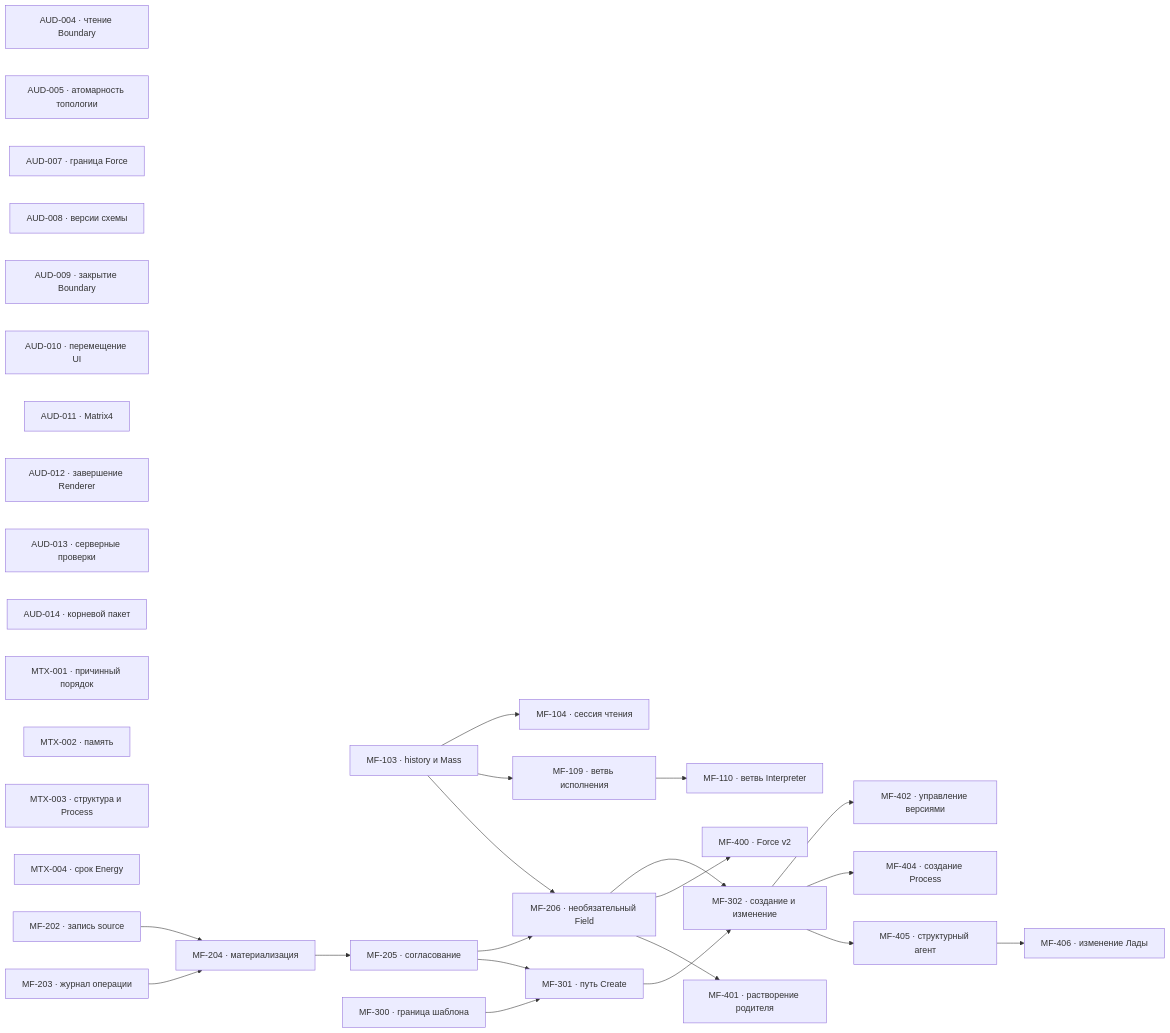
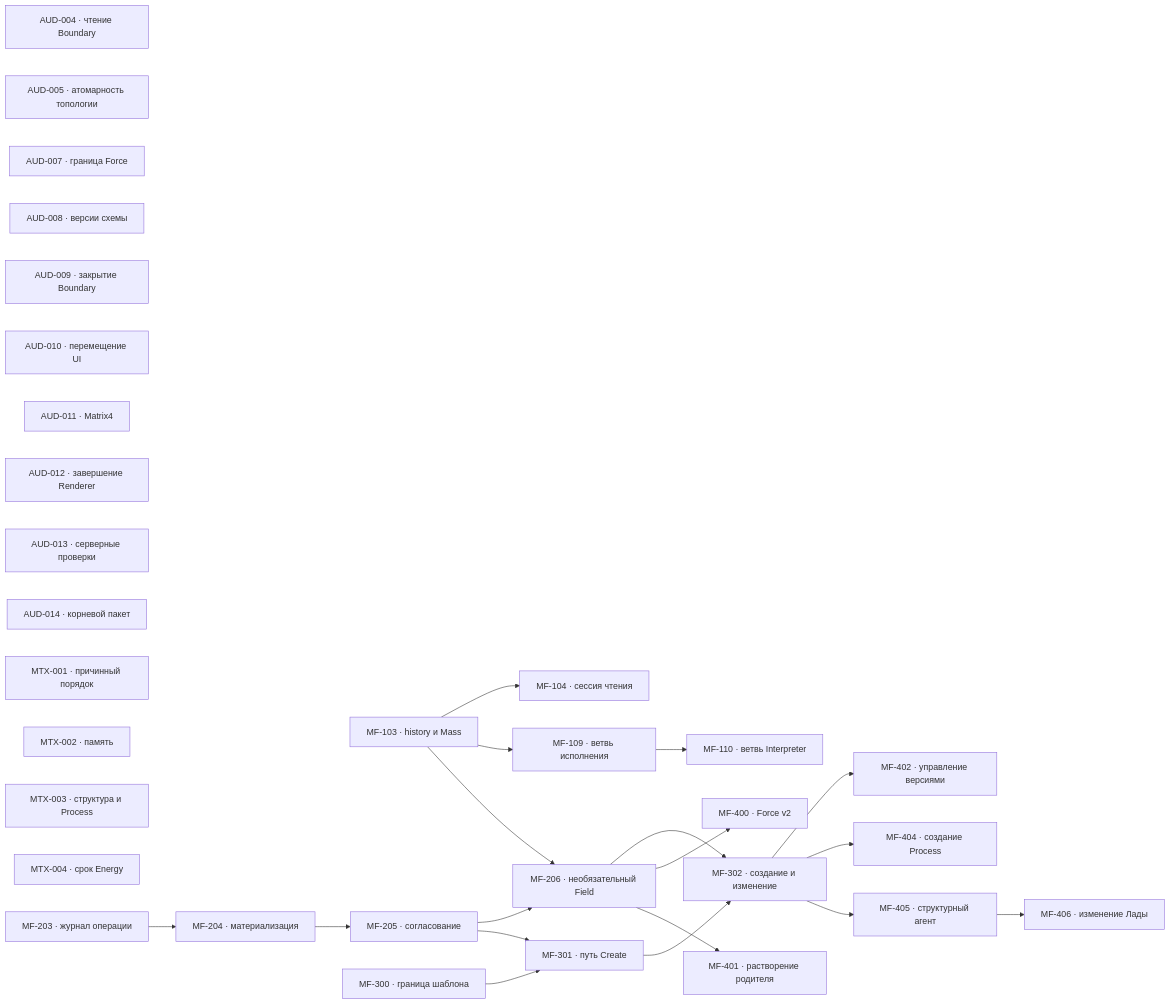
One commit to zavx0z/metafor changed the diagram in project/TODO.md. Above: the diagram before and after it, drawn with Mermaid. The commit also changed other lines of this file and 1 other file, not shown here.

Commit message:
project(MF-202): close atomic source boundary

````diff
--- a/project/TODO.md
+++ b/project/TODO.md
@@ -13,54 +13,52 @@
 ```mermaid
 flowchart LR
     AUD004["AUD-004 · чтение Boundary"]
     AUD005["AUD-005 · атомарность топологии"]
     AUD007["AUD-007 · граница Force"]
     AUD008["AUD-008 · версии схемы"]
     AUD009["AUD-009 · закрытие Boundary"]
     AUD010["AUD-010 · перемещение UI"]
     AUD011["AUD-011 · Matrix4"]
     AUD012["AUD-012 · завершение Renderer"]
     AUD013["AUD-013 · серверные проверки"]
     AUD014["AUD-014 · корневой пакет"]
     MTX001["MTX-001 · причинный порядок"]
     MTX002["MTX-002 · память"]
     MTX003["MTX-003 · структура и Process"]
     MTX004["MTX-004 · срок Energy"]
     MF103["MF-103 · history и Mass"]
     MF104["MF-104 · сессия чтения"]
     MF109["MF-109 · ветвь исполнения"]
     MF110["MF-110 · ветвь Interpreter"]
-    MF202["MF-202 · запись source"]
     MF203["MF-203 · журнал операции"]
     MF204["MF-204 · материализация"]
     MF205["MF-205 · согласование"]
     MF206["MF-206 · необязательный Field"]
     MF300["MF-300 · граница шаблона"]
     MF301["MF-301 · путь Create"]
     MF302["MF-302 · создание и изменение"]
     MF400["MF-400 · Force v2"]
     MF401["MF-401 · растворение родителя"]
     MF402["MF-402 · управление версиями"]
     MF404["MF-404 · создание Process"]
     MF405["MF-405 · структурный агент"]
     MF406["MF-406 · изменение Лады"]
 
     MF103 --> MF104
     MF103 --> MF109
     MF109 --> MF110
-    MF202 --> MF204
     MF203 --> MF204
     MF204 --> MF205
     MF205 --> MF206
     MF103 --> MF206
     MF300 --> MF301
     MF205 --> MF301
     MF301 --> MF302
     MF206 --> MF302
     MF206 --> MF400
     MF206 --> MF401
     MF302 --> MF402
     MF302 --> MF404
     MF302 --> MF405
     MF405 --> MF406
 ```
````
